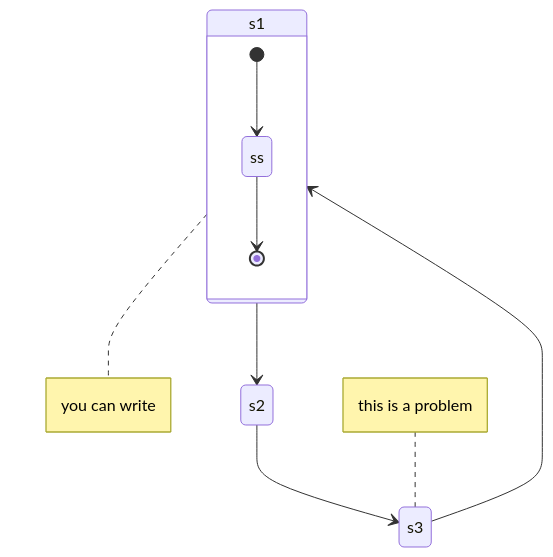
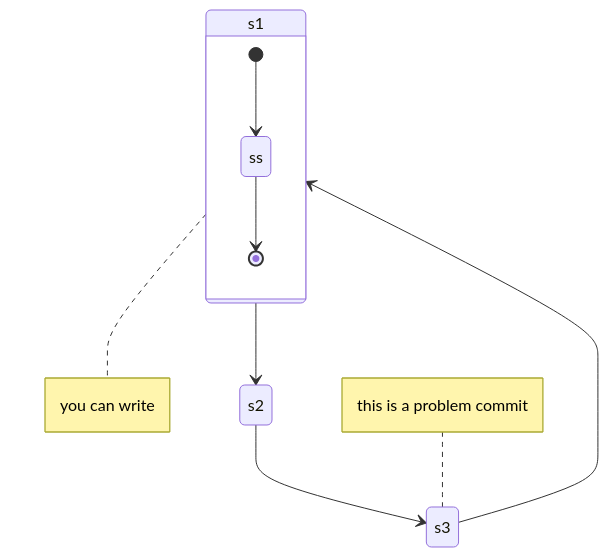
One commit to wulazhou/hello changed the fourth of 5 diagrams in mygame/md/graph.md. Above: the diagram before and after it, drawn with Mermaid.

````diff
--- a/mygame/md/graph.md
+++ b/mygame/md/graph.md
@@ -57,17 +57,16 @@
 ```mermaid
     stateDiagram
     s1 --> s2
     s2 --> s3
     s3 --> s1
     note right of s1
         you can write
     end note
     state s1{
         [*] --> ss
         ss --> [*]
     }
-    note left of s3 : this is a problem
-
+    note left of s3 : this is a problem commit
 
     
 ```
````
